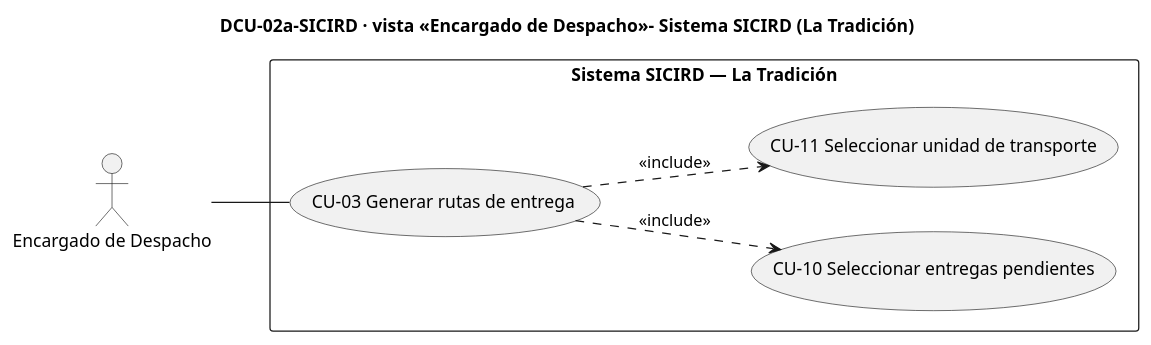
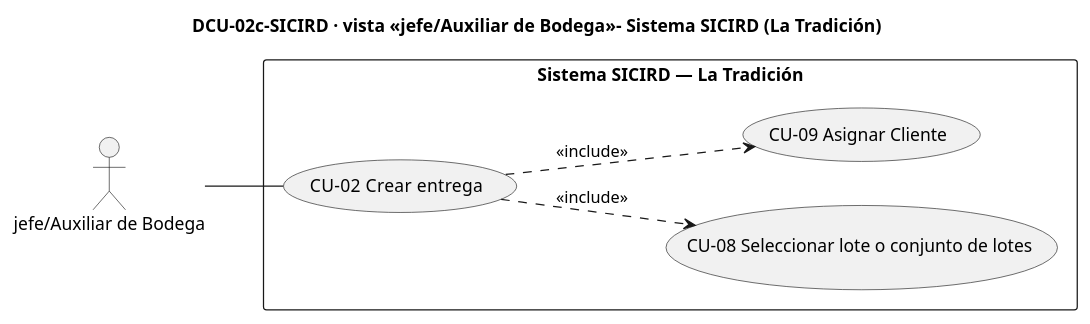
The diagram in DCU-02c.puml (Kriner2005/2026-2-IReq-Grupo03), drawn with PlantUML before and after one commit. The commit also changed 4 other files, not shown here.

Commit message:
Some changes in diagrams

```diff
--- a/DCU-02c.puml
+++ b/DCU-02c.puml
@@ -1,20 +1,21 @@
-@startuml DCU-02a-SICIRD
-title DCU-02a-SICIRD · vista <<Encargado de Despacho >>- Sistema SICIRD (La Tradición)
+@startuml DCU-02c-SICIRD
+title DCU-02c-SICIRD · vista <<jefe/Auxiliar de Bodega >>- Sistema SICIRD (La Tradición)
 left to right direction
 
-actor "Encargado de Despacho" as DES
+actor "jefe/Auxiliar de Bodega" as BOD
 
 
 rectangle "Sistema SICIRD — La Tradición" {
-  usecase "CU-03 Generar rutas de entrega" as CU03
-  usecase "CU-10 Seleccionar entregas pendientes" as CU10
-  usecase "CU-11 Seleccionar unidad de transporte" as CU11
+  usecase "CU-02  Crear entrega" as CU02
+  usecase "CU-08 Seleccionar lote o conjunto de lotes " as CU08
+  usecase "CU-09 Asignar Cliente" as CU09
 }
 
-DES -- CU03
+BOD -- CU02
 
-CU03 ..> CU10 : <<include>>
-CU03 ..> CU11 : <<include>>
+CU02 ..> CU08 : <<include>>
+CU02 ..> CU09 : <<include>>
+
 
 
 @enduml
```
